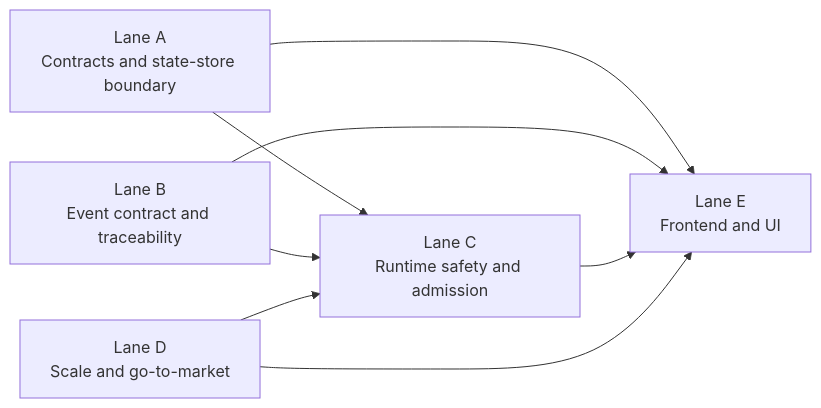
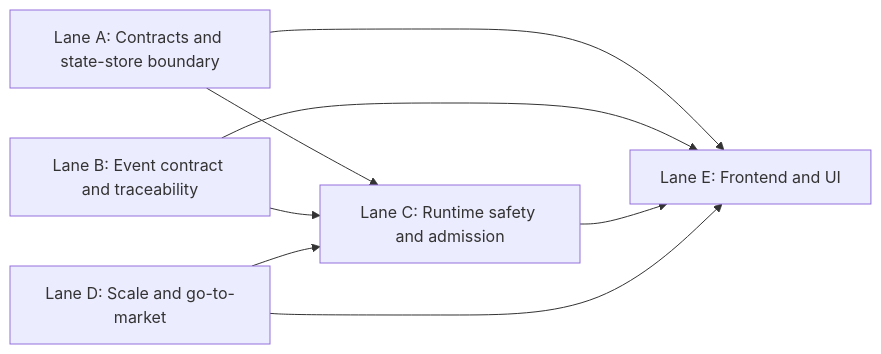
One commit to dunay2/dvt changed the second of 2 diagrams in docs/planning/state/planning-dashboard.md. Above: the diagram before and after it, drawn with Mermaid. The commit also changed other lines of this file and 11 other files, not shown here.

Commit message:
docs(docs): Stabilize strategic roadmap surfaces

````diff
--- a/docs/planning/state/planning-dashboard.md
+++ b/docs/planning/state/planning-dashboard.md
@@ -67,16 +70,16 @@
 ```mermaid
 flowchart LR
-    A[Lane A<br/>Contracts and state-store boundary]
-    B[Lane B<br/>Event contract and traceability]
-    C[Lane C<br/>Runtime safety and admission]
-    D[Lane D<br/>Scale and go-to-market]
-    E[Lane E<br/>Frontend and UI]
+    A["Lane A: Contracts and state-store boundary"]
+    B["Lane B: Event contract and traceability"]
+    C["Lane C: Runtime safety and admission"]
+    D["Lane D: Scale and go-to-market"]
+    E["Lane E: Frontend and UI"]
 
     A --> C
     A --> E
     B --> C
     B --> E
     C --> E
     D --> C
     D --> E
 ```
````
